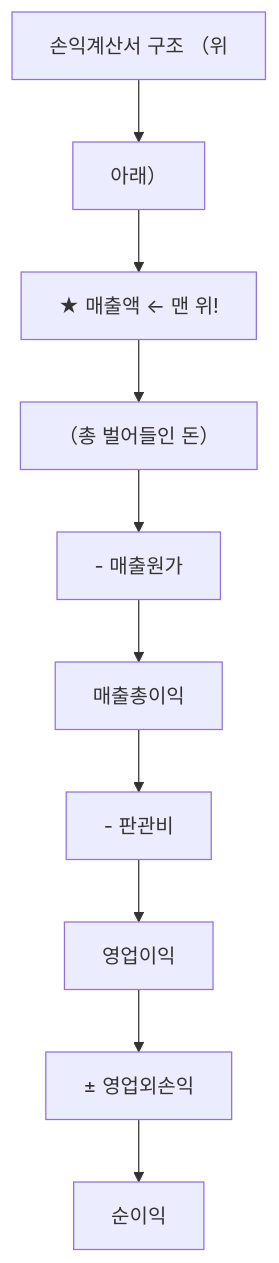
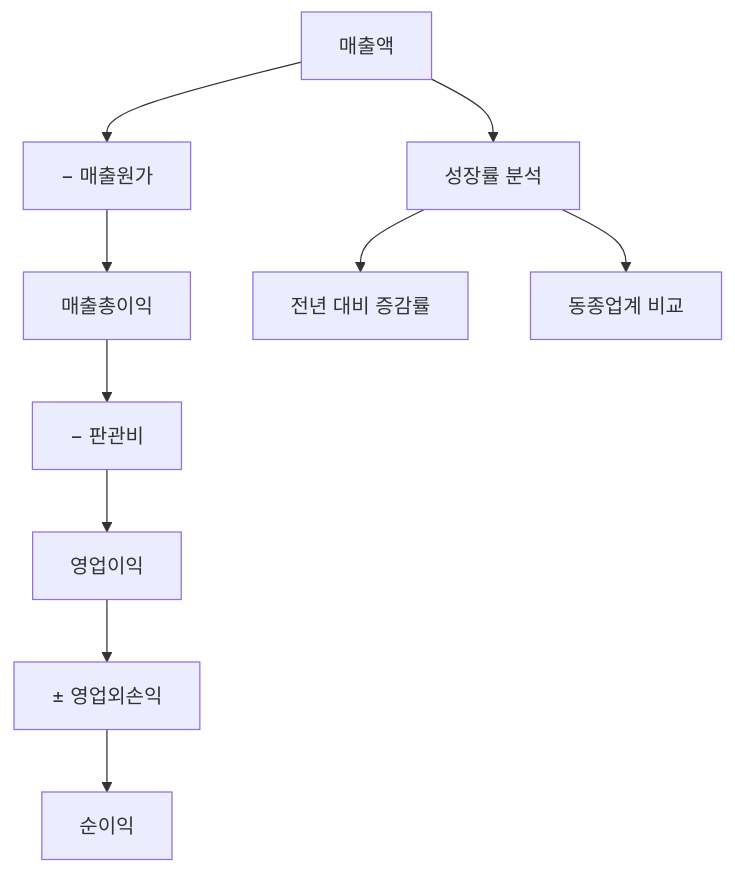
Before and after one commit to yeongseon/stock-visual-note: the diagram in content/stock-terms/ko/level-03-financial-statements/revenue.md, drawn with Mermaid. The commit also changed other lines of this file and 96 other files, not shown here.

Commit message:
Rewrite all 98 remaining articles: branching Mermaid diagrams, natural search_intent, compelling seo_titles, clean descriptions

````diff
--- a/content/stock-terms/ko/level-03-financial-statements/revenue.md
+++ b/content/stock-terms/ko/level-03-financial-statements/revenue.md
@@ -53,22 +53,13 @@
 ```mermaid
 graph TD
-    A0["손익계산서 구조 （위"]
-    A1["아래）"]
-    A2["★ 매출액 ← 맨 위!"]
-    A3["（총 벌어들인 돈）"]
-    A4["- 매출원가"]
-    A5["매출총이익"]
-    A6["- 판관비"]
-    A7["영업이익"]
-    A8["± 영업외손익"]
-    A9["순이익"]
-    A0 --> A1
-    A1 --> A2
-    A2 --> A3
-    A3 --> A4
-    A4 --> A5
-    A5 --> A6
-    A6 --> A7
-    A7 --> A8
-    A8 --> A9
+    A["매출액"]
+    A --> B["− 매출원가"]
+    A --> C["성장률 분석"]
+    B --> D["매출총이익"]
+    D --> E["− 판관비"]
+    E --> F["영업이익"]
+    F --> G["± 영업외손익"]
+    G --> H["순이익"]
+    C --> I["전년 대비 증감률"]
+    C --> J["동종업계 비교"]
 ```
````
